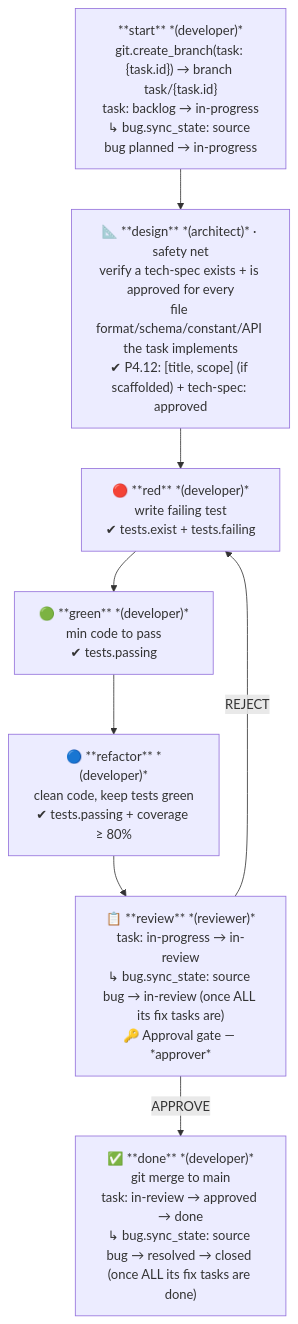
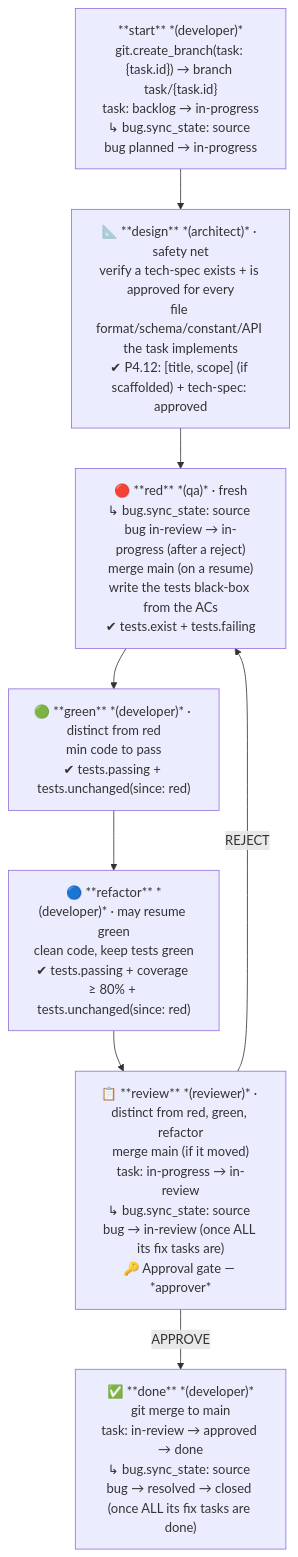
The ninth of 24 diagrams in .wingfoil/WORKFLOW.md (wingfoil/wingfoil), drawn with Mermaid before and after one commit. The commit also changed other lines of this file and 5 other files, not shown here.

First line of the commit message:
feat(workflow): task-205 — dev-loop.yaml v1.5: red by qa, executor independence, the reject-side bug sync, parking and the main-sync on resume

````diff
--- a/.wingfoil/WORKFLOW.md
+++ b/.wingfoil/WORKFLOW.md
@@ -216,14 +226,14 @@
 ```mermaid
 flowchart TD
     ST["**start** *(developer)*\ngit.create_branch(task: {task.id}) → branch task/{task.id}\ntask: backlog → in-progress\n↳ bug.sync_state: source bug planned → in-progress"]
     DES["📐 **design** *(architect)* · safety net\nverify a tech-spec exists + is approved for every\nfile format/schema/constant/API the task implements\n✔ P4.12: [title, scope] (if scaffolded) + tech-spec: approved"]
-    RED["🔴 **red** *(developer)*\nwrite failing test\n✔ tests.exist + tests.failing"]
-    GREEN["🟢 **green** *(developer)*\nmin code to pass\n✔ tests.passing"]
-    REF["🔵 **refactor** *(developer)*\nclean code, keep tests green\n✔ tests.passing + coverage ≥ 80%"]
-    REV["📋 **review** *(reviewer)*\ntask: in-progress → in-review\n↳ bug.sync_state: source bug → in-review (once ALL its fix tasks are)\n🔑 Approval gate — *approver*"]
+    RED["🔴 **red** *(qa)* · fresh\n↳ bug.sync_state: source bug in-review → in-progress (after a reject)\nmerge main (on a resume)\nwrite the tests black-box from the ACs\n✔ tests.exist + tests.failing"]
+    GREEN["🟢 **green** *(developer)* · distinct from red\nmin code to pass\n✔ tests.passing + tests.unchanged(since: red)"]
+    REF["🔵 **refactor** *(developer)* · may resume green\nclean code, keep tests green\n✔ tests.passing + coverage ≥ 80% + tests.unchanged(since: red)"]
+    REV["📋 **review** *(reviewer)* · distinct from red, green, refactor\nmerge main (if it moved)\ntask: in-progress → in-review\n↳ bug.sync_state: source bug → in-review (once ALL its fix tasks are)\n🔑 Approval gate — *approver*"]
     DONE["✅ **done** *(developer)*\ngit merge to main\ntask: in-review → approved → done\n↳ bug.sync_state: source bug → resolved → closed (once ALL its fix tasks are done)"]
 
     ST --> DES --> RED --> GREEN --> REF --> REV
     REV -->|APPROVE| DONE
     REV -->|REJECT| RED
 ```
````
